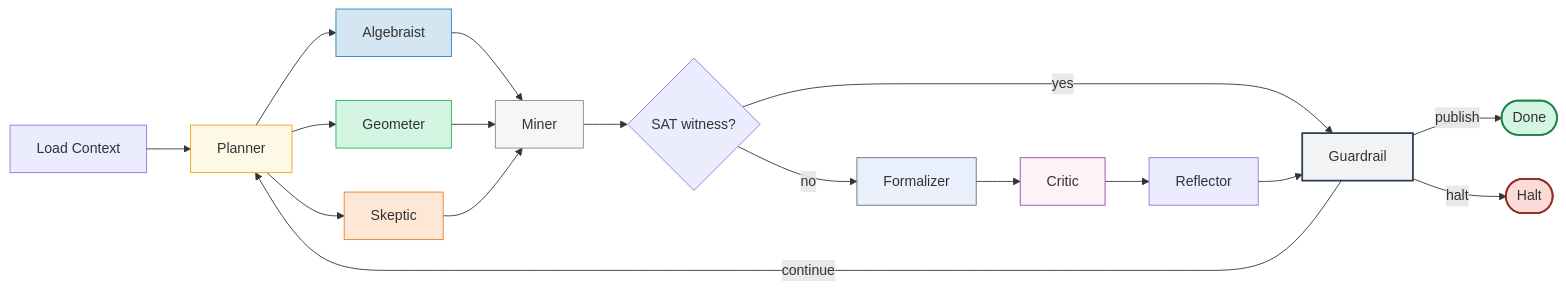
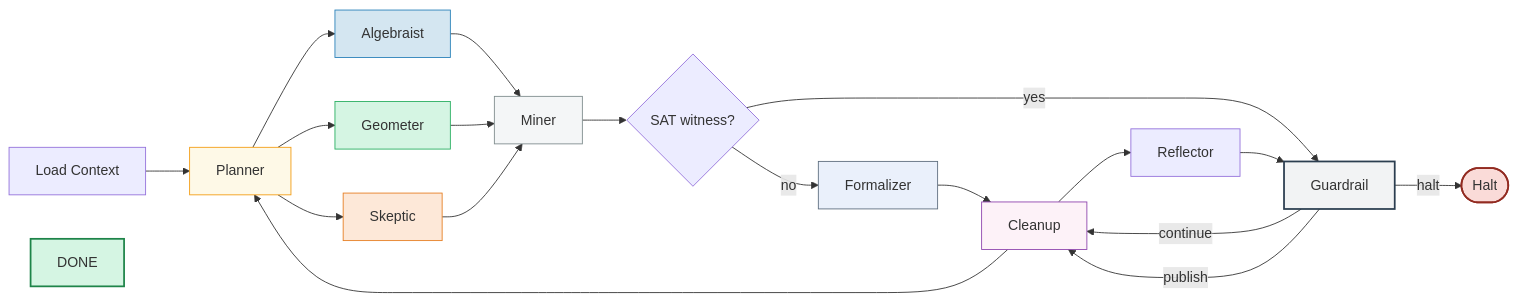
Before and after one commit to astrogirlnim/SATurday: the first of 2 diagrams in docs/oracle-flow.md, drawn with Mermaid. The commit also changed 1 other file, not shown here.

Commit message:
Add Step 9 cleanup subagent to ORACLE loop: purge CNFs, specs, Lean cache, old logs
Made-with: Cursor

````diff
--- a/docs/oracle-flow.md
+++ b/docs/oracle-flow.md
@@ -5,30 +5,31 @@
 ```mermaid
 flowchart LR
     S0[Load Context] --> S1[Planner]
     S1 --> S2[Algebraist]
     S1 --> S3[Geometer]
     S1 --> S4[Skeptic]
     S2 --> S5[Miner]
     S3 --> S5
     S4 --> S5
     S5 --> S6{SAT witness?}
     S6 -- no --> S7[Formalizer]
     S6 -- yes --> S8[Guardrail]
     S7 --> S9[Critic]
     S9 --> S10[Reflector]
     S10 --> S8
-    S8 -- continue --> S1
-    S8 -- publish --> DONE([Done])
+    S8 -- continue --> S9[Cleanup]
+    S8 -- publish --> S9
     S8 -- halt --> HALT([Halt])
+    S9 --> S1
 
     style S2 fill:#d4e6f1,stroke:#2980b9
     style S3 fill:#d5f5e3,stroke:#27ae60
     style S4 fill:#fde8d8,stroke:#e67e22
     style S5 fill:#f4f6f7,stroke:#7f8c8d
     style S7 fill:#eaf0fb,stroke:#5d6d7e
     style S9 fill:#fdf2f8,stroke:#8e44ad
     style S1 fill:#fef9e7,stroke:#f39c12
     style S8 fill:#f2f3f4,stroke:#2c3e50,stroke-width:2px
     style DONE fill:#d5f5e3,stroke:#1e8449,stroke-width:2px
     style HALT fill:#fadbd8,stroke:#922b21,stroke-width:2px
 ```
````
